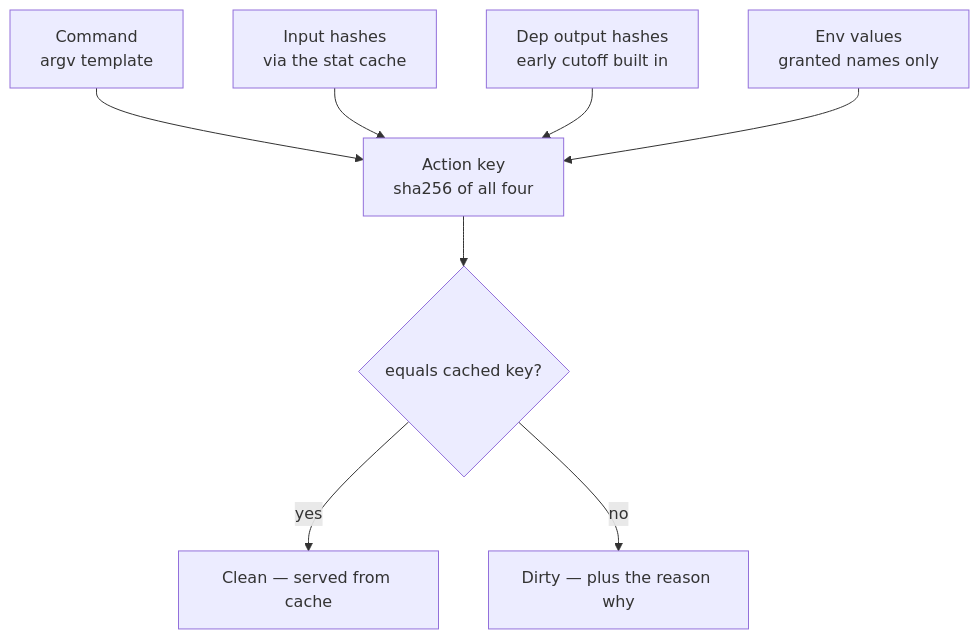
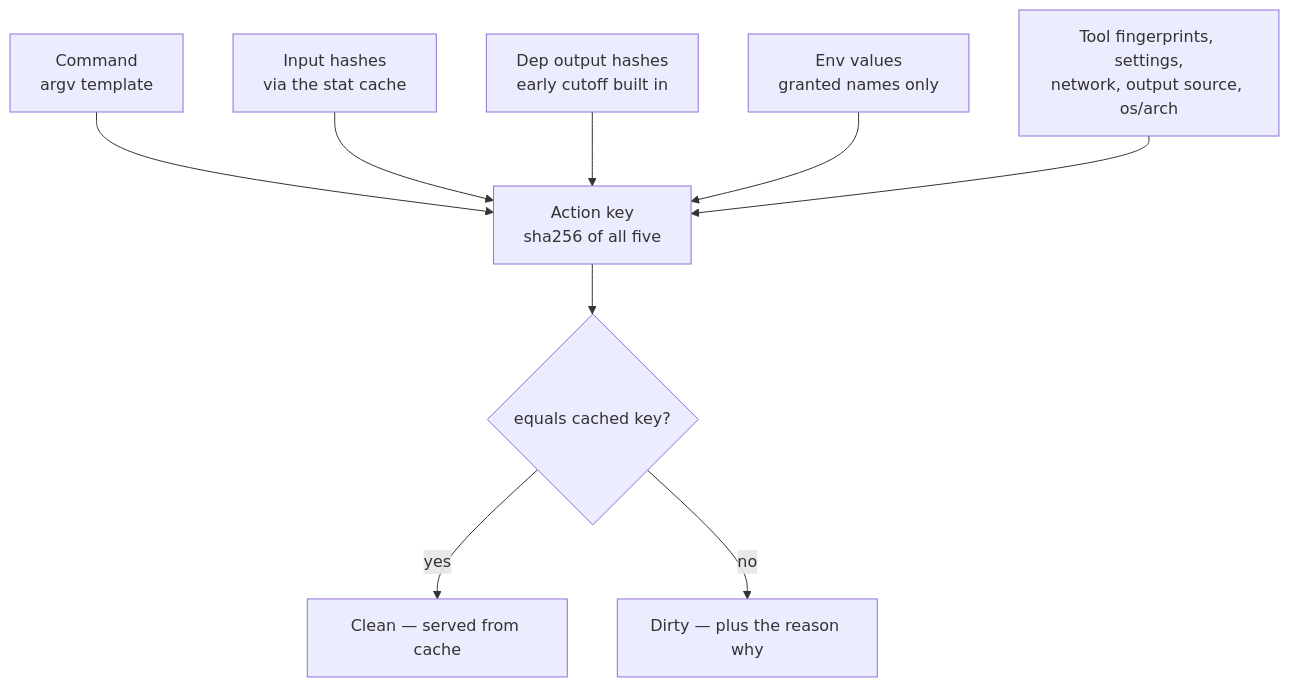
Before and after one commit to airsstack/buildl: the second of 3 diagrams in README.md, drawn with Mermaid. The commit also changed 2 other files, not shown here.

Commit message:
docs(repo): document stdout = true

````diff
--- a/README.md
+++ b/README.md
@@ -127,11 +127,12 @@
 ```mermaid
 %% Action key composition
 graph TD
-    CMD["Command<br/>argv template"] --> KEY["Action key<br/>sha256 of all four"]
+    CMD["Command<br/>argv template"] --> KEY["Action key<br/>sha256 of all five"]
     IN["Input hashes<br/>via the stat cache"] --> KEY
     DEP["Dep output hashes<br/>early cutoff built in"] --> KEY
     ENV["Env values<br/>granted names only"] --> KEY
+    SET["Tool fingerprints, settings,<br/>network, output source, os/arch"] --> KEY
     KEY --> CMP{"equals cached key?"}
     CMP -- yes --> CLEAN["Clean — served from cache"]
     CMP -- no --> DIRTY["Dirty — plus the reason why"]
 ```
````
